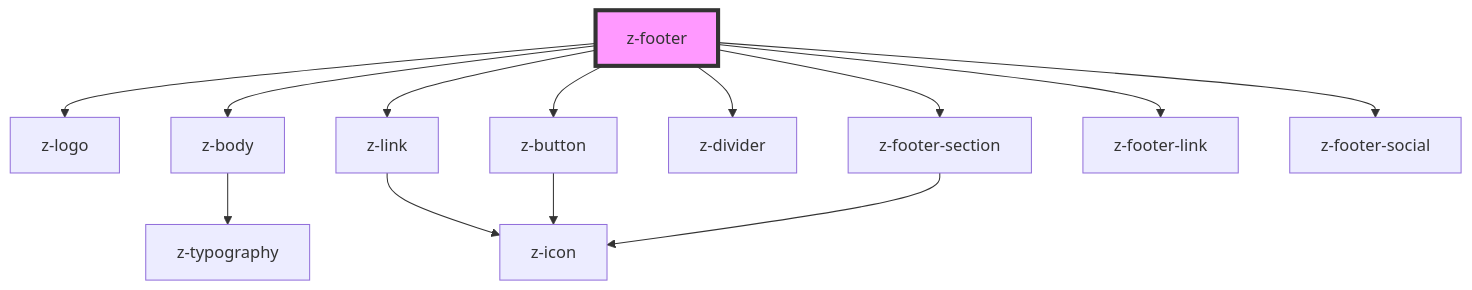
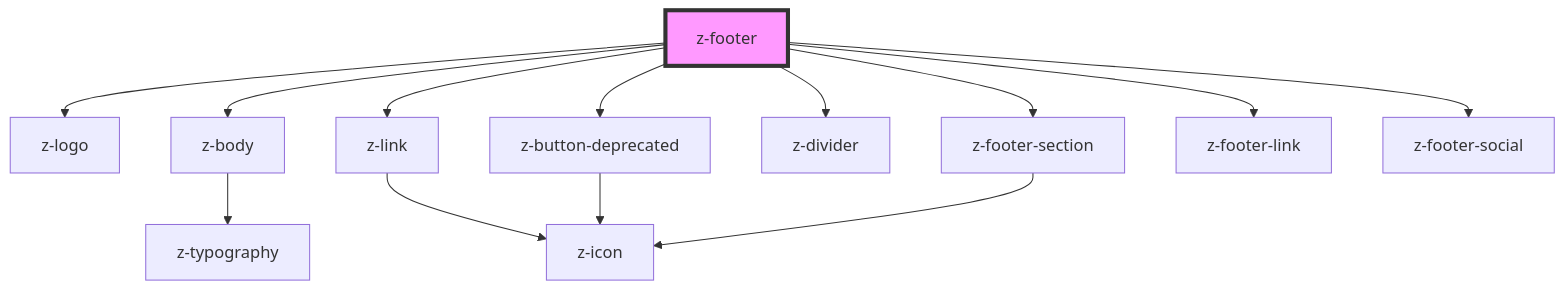
One commit to ZanichelliEditore/design-system changed the diagram in src/components/footer/z-footer/readme.md. Above: the diagram before and after it, drawn with Mermaid. The commit also changed other lines of this file and 61 other files, not shown here.

Commit message:
chore: use z-button-deprecated

````diff
--- a/src/components/footer/z-footer/readme.md
+++ b/src/components/footer/z-footer/readme.md
@@ -51,16 +51,16 @@
 ```mermaid
 graph TD;
   z-footer --> z-logo
   z-footer --> z-body
   z-footer --> z-link
-  z-footer --> z-button
+  z-footer --> z-button-deprecated
   z-footer --> z-divider
   z-footer --> z-footer-section
   z-footer --> z-footer-link
   z-footer --> z-footer-social
   z-body --> z-typography
   z-link --> z-icon
-  z-button --> z-icon
+  z-button-deprecated --> z-icon
   z-footer-section --> z-icon
   style z-footer fill:#f9f,stroke:#333,stroke-width:4px
 ```
````
